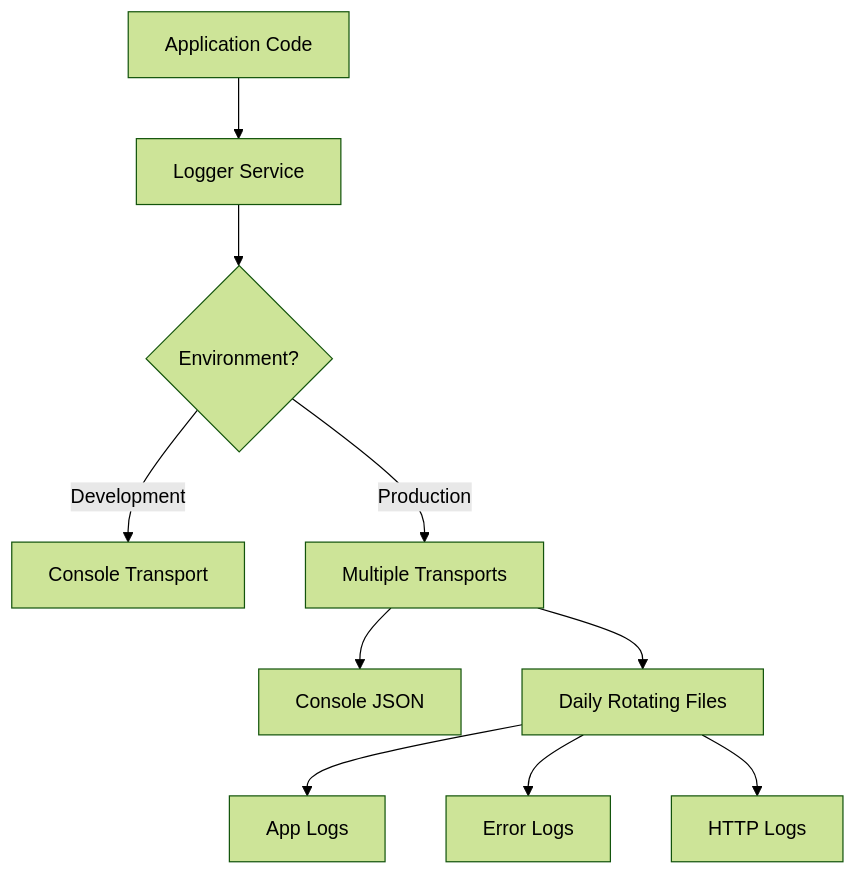
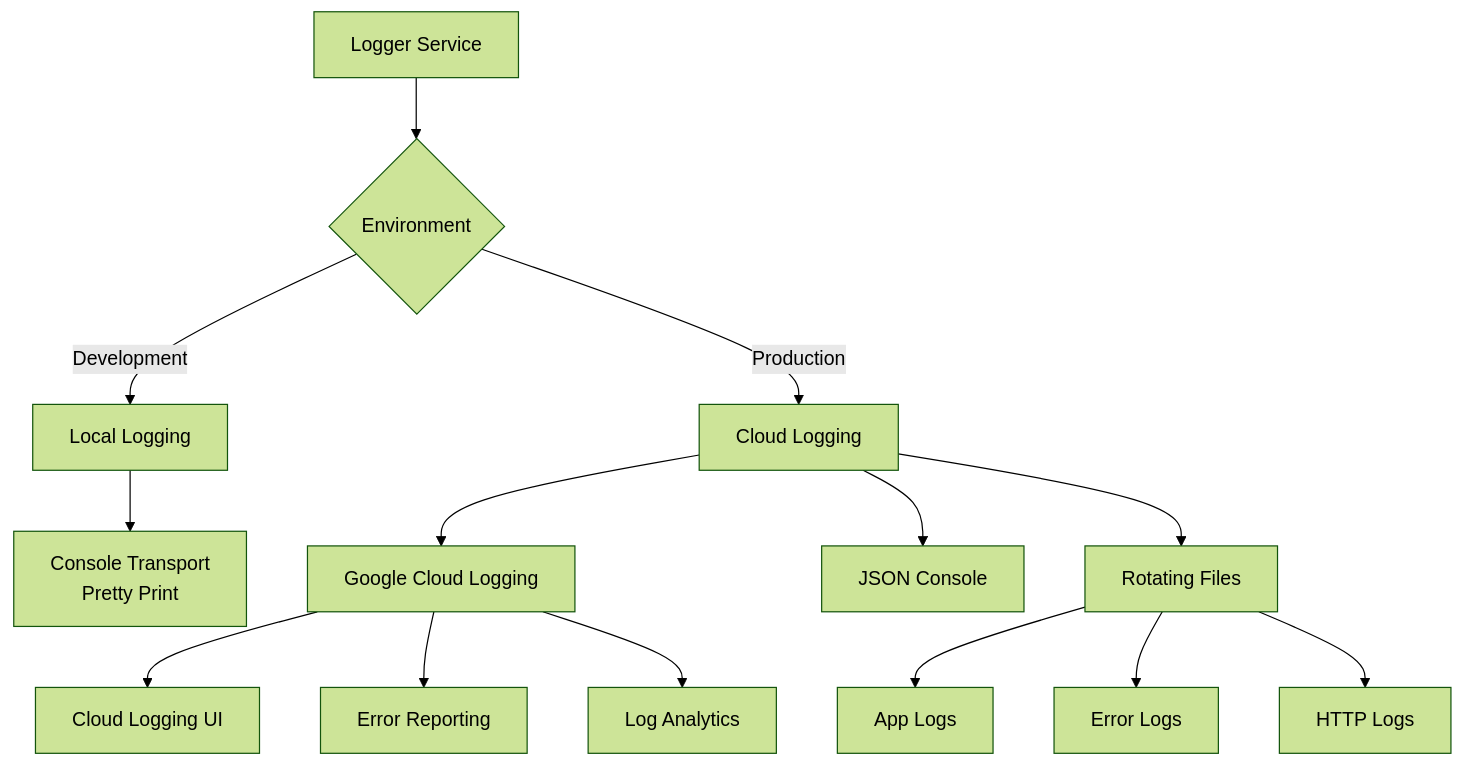
Before and after one commit to kur0byte/ts-ms: the diagram in docs/LOGGING.md, drawn with Mermaid (forest theme). The commit also changed other lines of this file and 3 other files, not shown here.

Commit message:
feat: implemented google cloud monitoring integrated winston

````diff
--- a/docs/LOGGING.md
+++ b/docs/LOGGING.md
@@ -7,12 +7,20 @@
 ```mermaid
 graph TD
-    A[Application Code] --> B[Logger Service]
-    B --> C{Environment?}
-    C -->|Development| D[Console Transport]
-    C -->|Production| E[Multiple Transports]
-    E --> F[Console JSON]
-    E --> G[Daily Rotating Files]
-    G --> H[App Logs]
-    G --> I[Error Logs]
-    G --> J[HTTP Logs]
+    A[Logger Service] --> B{Environment}
+    B -->|Development| C[Local Logging]
+    B -->|Production| D[Cloud Logging]
+    
+    C --> E[Console Transport<br>Pretty Print]
+    
+    D --> F[Google Cloud Logging]
+    D --> G[JSON Console]
+    D --> H[Rotating Files]
+    
+    F --> I[Cloud Logging UI]
+    F --> J[Error Reporting]
+    F --> K[Log Analytics]
+    
+    H --> L[App Logs]
+    H --> M[Error Logs]
+    H --> N[HTTP Logs]
 ```
````
